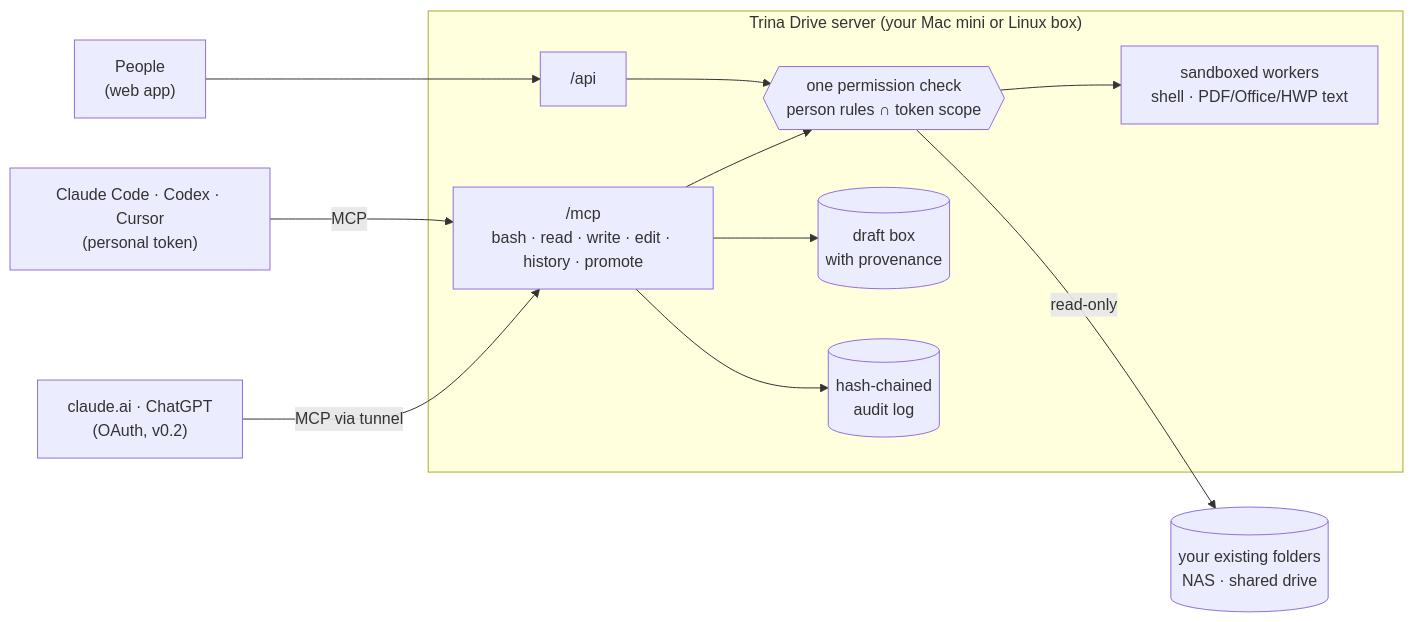
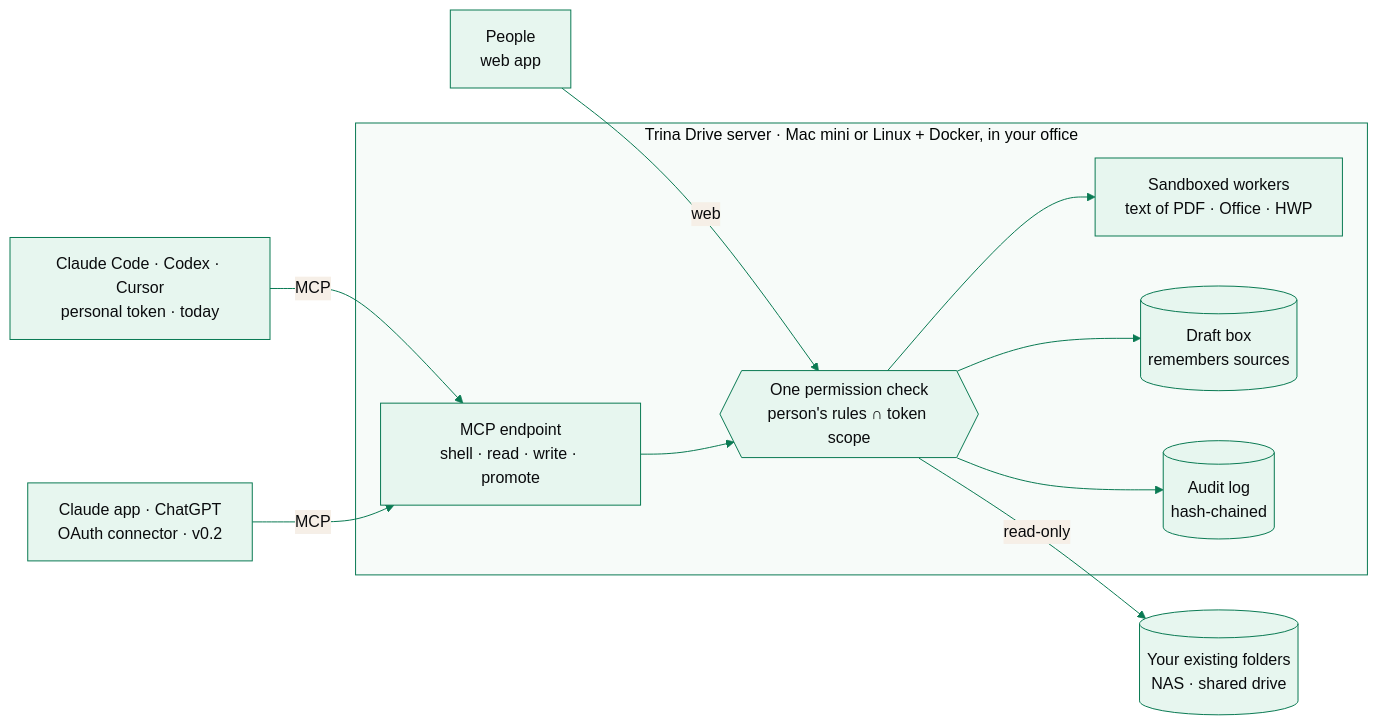
One commit to potenlab/trina-drive changed the diagram in README.md. Above: the diagram before and after it, drawn with Mermaid. The commit also changed other lines of this file, not shown here.

Commit message:
README: rewrite around 'your company folders, as your team's AI knowledge base' with banner, demo GIF, examples, screenshots, three quickstarts, Mermaid diagram, comparison, roadmap and FAQ

````diff
--- a/README.md
+++ b/README.md
@@ -109,14 +155,14 @@
 ```mermaid
+%%{init: {"theme": "base", "themeVariables": {"primaryColor": "#e7f6ef", "primaryBorderColor": "#0a7a53", "primaryTextColor": "#0a0b0d", "lineColor": "#0a7a53", "clusterBkg": "#f7fbf9", "clusterBorder": "#0a7a53"}}}%%
 flowchart LR
-  A["Claude Code · Codex · Cursor<br/>(personal token)"] -->|MCP| M
-  B["claude.ai · ChatGPT<br/>(OAuth, v0.2)"] -->|MCP via tunnel| M
-  P["People<br/>(web app)"] --> W
-  subgraph S["Trina Drive server (your Mac mini or Linux box)"]
-    M["/mcp<br/>bash · read · write · edit · history · promote"] --> F{{"one permission check<br/>person rules ∩ token scope"}}
-    W["/api"] --> F
-    M --> D[("draft box<br/>with provenance")]
-    M --> L[("hash-chained<br/>audit log")]
-    F --> X["sandboxed workers<br/>shell · PDF/Office/HWP text"]
+  A["Claude Code · Codex · Cursor<br/>personal token · today"] -->|MCP| M
+  B["Claude app · ChatGPT<br/>OAuth connector · v0.2"] -->|MCP| M
+  P["People<br/>web app"] -->|web| G
+  subgraph S["Trina Drive server · Mac mini or Linux + Docker, in your office"]
+    M["MCP endpoint<br/>shell · read · write · promote"] --> G{{"One permission check<br/>person's rules ∩ token scope"}}
+    G --> X["Sandboxed workers<br/>text of PDF · Office · HWP"]
+    G --> D[("Draft box<br/>remembers sources")]
+    G --> L[("Audit log<br/>hash-chained")]
   end
-  F -->|read-only| N[("your existing folders<br/>NAS · shared drive")]
+  G -->|read-only| F[("Your existing folders<br/>NAS · shared drive")]
 ```
````
